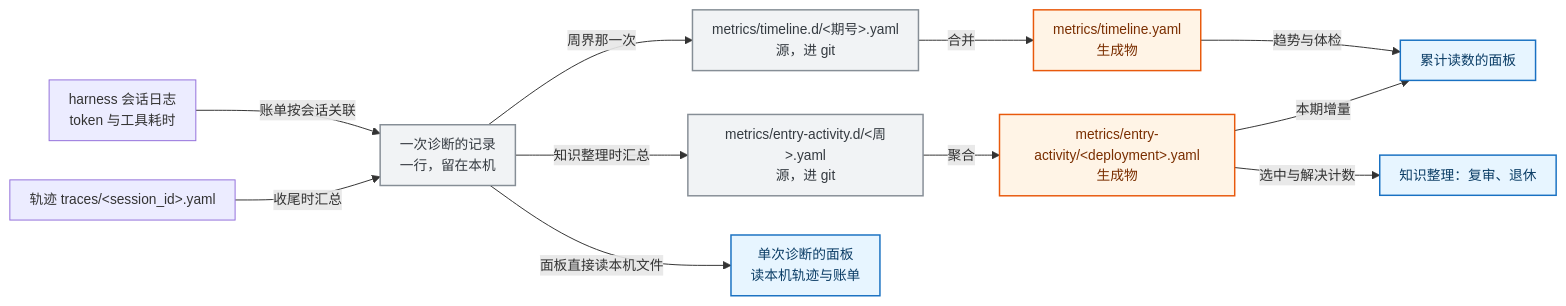
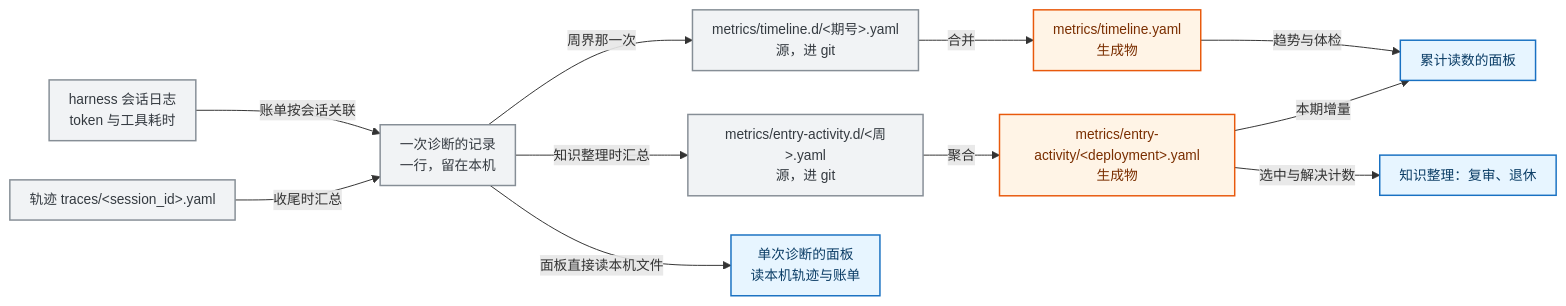
Before and after one commit to Bowen-Leee/ascend-sleuth: the first of 4 diagrams in docs/mechanism/diagnosis-observability.md, drawn with Mermaid. The commit also changed other lines of this file and 2 other files, not shown here.

````diff
--- a/docs/mechanism/diagnosis-observability.md
+++ b/docs/mechanism/diagnosis-observability.md
@@ -39,21 +39,21 @@
 ```mermaid
 %%{init: {'themeVariables':{'fontSize':'14px'},'flowchart':{'curve':'basis','nodeSpacing':40,'rankSpacing':50,'padding':10}}}%%
 flowchart LR
     TR["轨迹 traces/&lt;session_id&gt;.yaml"] -->|"收尾时汇总"| EP["一次诊断的记录<br/>一行，留在本机"]
     LG["harness 会话日志<br/>token 与工具耗时"] -->|"账单按会话关联"| EP
     EP -->|"知识整理时汇总"| PF["metrics/entry-activity.d/&lt;周&gt;.yaml<br/>源，进 git"]
     PF -->|"聚合"| EA["metrics/entry-activity/&lt;deployment&gt;.yaml<br/>生成物"]
     EP -->|"周界那一次"| TD["metrics/timeline.d/&lt;期号&gt;.yaml<br/>源，进 git"]
     TD -->|"合并"| TI["metrics/timeline.yaml<br/>生成物"]
     EP -->|"面板直接读本机文件"| V1["单次诊断的面板<br/>读本机轨迹与账单"]
     EA -->|"本期增量"| V2["累计读数的面板"]
     TI -->|"趋势与体检"| V2
     EA -->|"选中与解决计数"| GR["知识整理：复审、退休"]
 
     classDef store fill:#f1f3f5,stroke:#868e96,stroke-width:1.5px,color:#343a40
     classDef gen fill:#fff4e6,stroke:#e8590c,stroke-width:1.5px,color:#7a2e00
     classDef view fill:#e7f5ff,stroke:#1971c2,stroke-width:1.5px,color:#0b3d66
-    class EP,PF,TD store
+    class TR,LG,EP,PF,TD store
     class EA,TI gen
     class V1,V2,GR view
 ```
````
